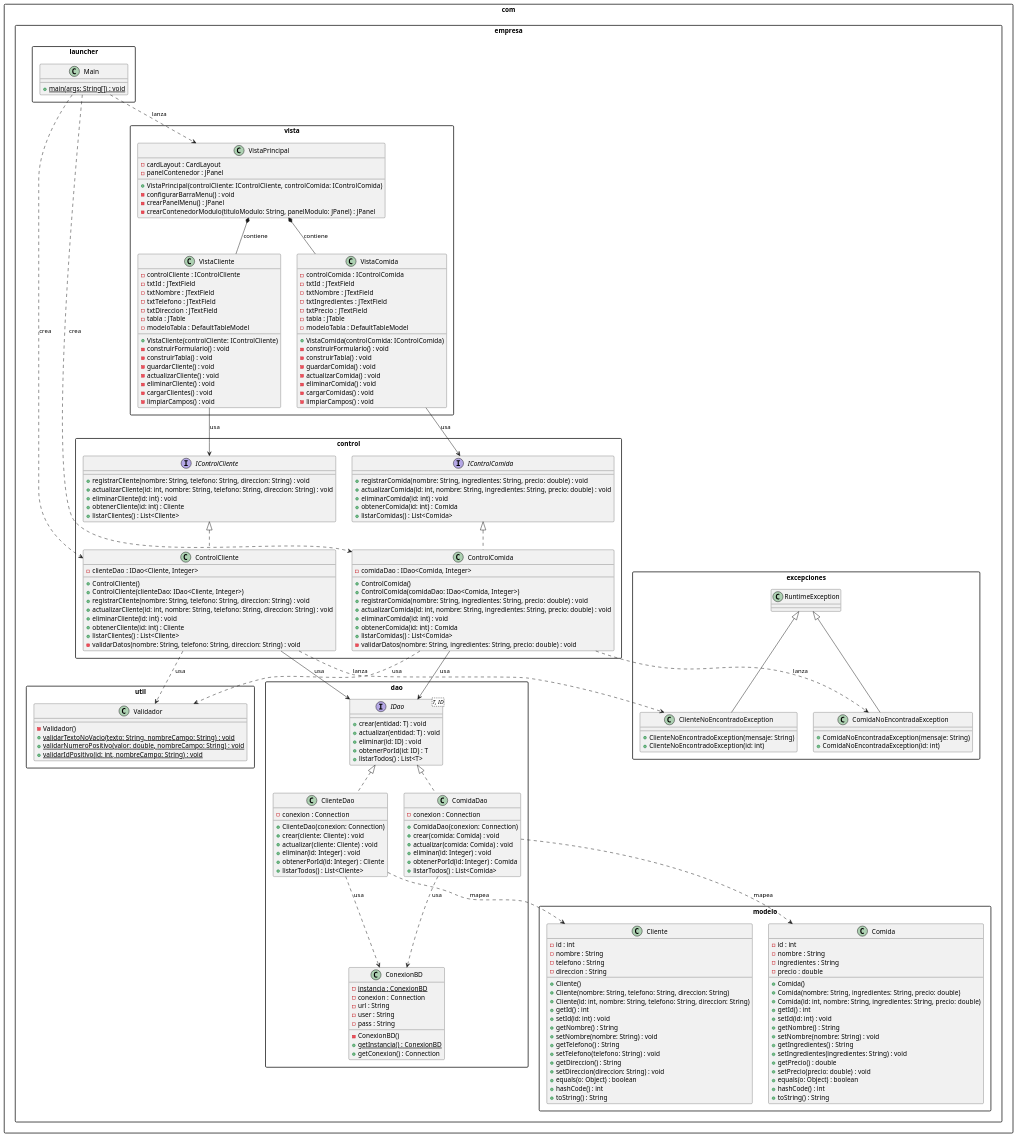
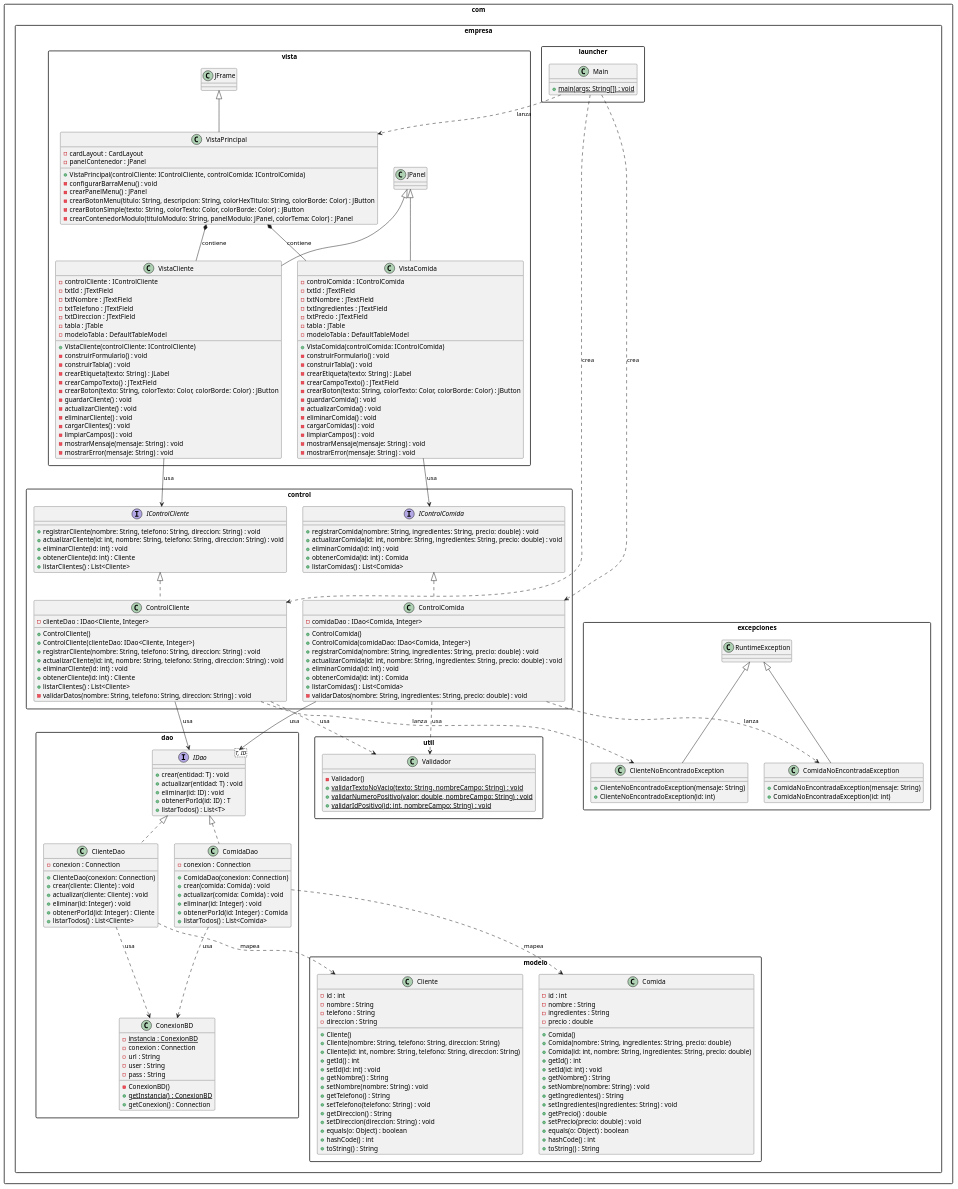
One commit to Paisamares12/FoodSystem changed the diagram in src/Diagrama de Clases.puml. Above: the diagram before and after it, drawn with PlantUML.

Commit message:
Corregir diagrama de clases

```diff
--- a/src/Diagrama de Clases.puml
+++ b/src/Diagrama de Clases.puml
@@ -151,7 +151,7 @@
 }
 
 package "com.empresa.vista" {
-    class VistaCliente {
+    class VistaCliente extends JPanel {
         - controlCliente : IControlCliente
         - txtId : JTextField
         - txtNombre : JTextField
@@ -162,14 +162,19 @@
         + VistaCliente(controlCliente: IControlCliente)
         - construirFormulario() : void
         - construirTabla() : void
+        - crearEtiqueta(texto: String) : JLabel
+        - crearCampoTexto() : JTextField
+        - crearBoton(texto: String, colorTexto: Color, colorBorde: Color) : JButton
         - guardarCliente() : void
         - actualizarCliente() : void
         - eliminarCliente() : void
         - cargarClientes() : void
         - limpiarCampos() : void
+        - mostrarMensaje(mensaje: String) : void
+        - mostrarError(mensaje: String) : void
     }
 
-    class VistaComida {
+    class VistaComida extends JPanel {
         - controlComida : IControlComida
         - txtId : JTextField
         - txtNombre : JTextField
@@ -180,20 +185,27 @@
         + VistaComida(controlComida: IControlComida)
         - construirFormulario() : void
         - construirTabla() : void
+        - crearEtiqueta(texto: String) : JLabel
+        - crearCampoTexto() : JTextField
+        - crearBoton(texto: String, colorTexto: Color, colorBorde: Color) : JButton
         - guardarComida() : void
         - actualizarComida() : void
         - eliminarComida() : void
         - cargarComidas() : void
         - limpiarCampos() : void
+        - mostrarMensaje(mensaje: String) : void
+        - mostrarError(mensaje: String) : void
     }
 
-    class VistaPrincipal {
+    class VistaPrincipal extends JFrame {
         - cardLayout : CardLayout
         - panelContenedor : JPanel
         + VistaPrincipal(controlCliente: IControlCliente, controlComida: IControlComida)
         - configurarBarraMenu() : void
         - crearPanelMenu() : JPanel
-        - crearContenedorModulo(tituloModulo: String, panelModulo: JPanel) : JPanel
+        - crearBotonMenu(titulo: String, descripcion: String, colorHexTitulo: String, colorBorde: Color) : JButton
+        - crearBotonSimple(texto: String, colorTexto: Color, colorBorde: Color) : JButton
+        - crearContenedorModulo(tituloModulo: String, panelModulo: JPanel, colorTema: Color) : JPanel
     }
 }
 
```
